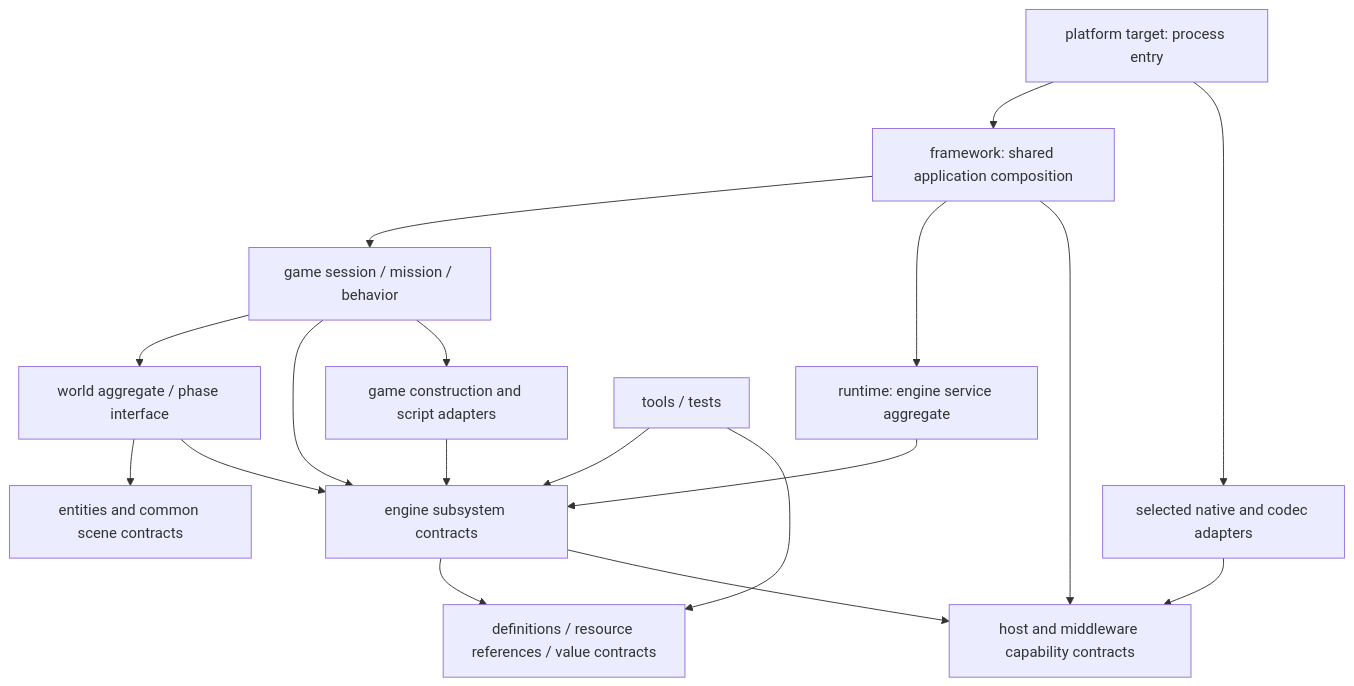
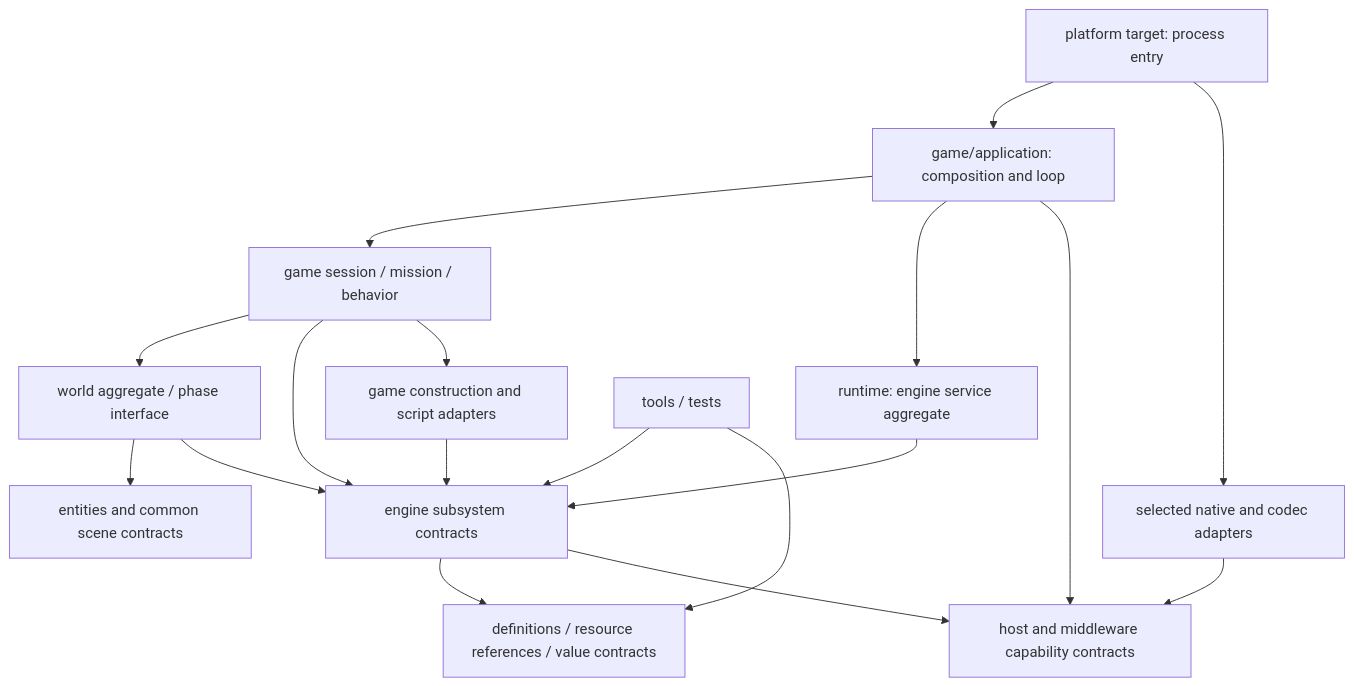
Before and after one commit to plainsight-systems/bullet-witch: the first of 3 diagrams in docs/architecture/file-mapping.md, drawn with Mermaid. The commit also changed other lines of this file and 803 other files, not shown here.

````diff
--- a/docs/architecture/file-mapping.md
+++ b/docs/architecture/file-mapping.md
@@ -152,20 +157,20 @@
 ```mermaid
 flowchart TD
-    Entry["platform target: process entry"] --> Framework["framework: shared application composition"]
+    Entry["platform target: process entry"] --> Framework["game/application: composition and loop"]
     Entry --> Adapters["selected native and codec adapters"]
     Framework --> Game["game session / mission / behavior"]
     Framework --> Runtime["runtime: engine service aggregate"]
     Framework --> Ports["host and middleware capability contracts"]
     Game --> World["world aggregate / phase interface"]
     Game --> Interfaces["engine subsystem contracts"]
     Game --> Bindings["game construction and script adapters"]
     World --> Entities["entities and common scene contracts"]
     World --> Interfaces
     Runtime --> Interfaces
     Bindings --> Interfaces
     Interfaces --> Data["definitions / resource references / value contracts"]
     Interfaces --> Ports["host and middleware capability contracts"]
     Adapters --> Ports
     Tests["tools / tests"] --> Interfaces
     Tests --> Data
 ```
````
